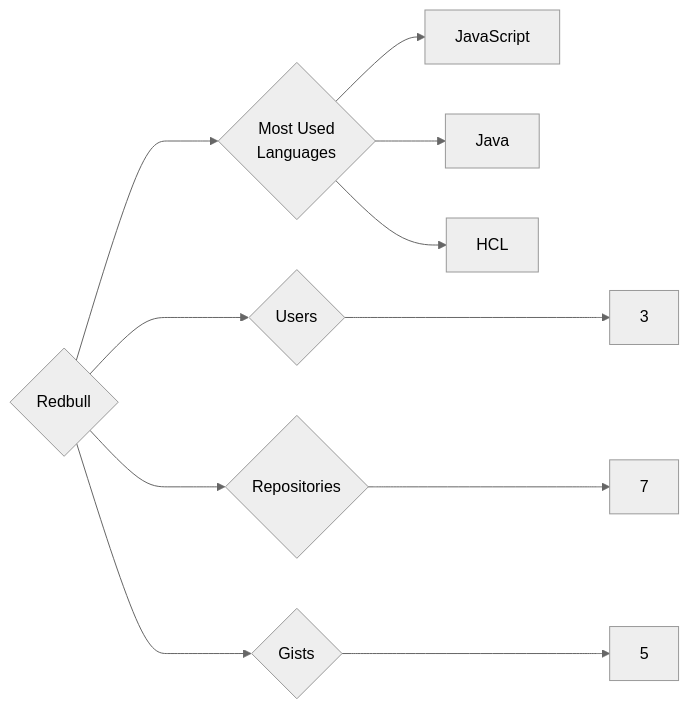
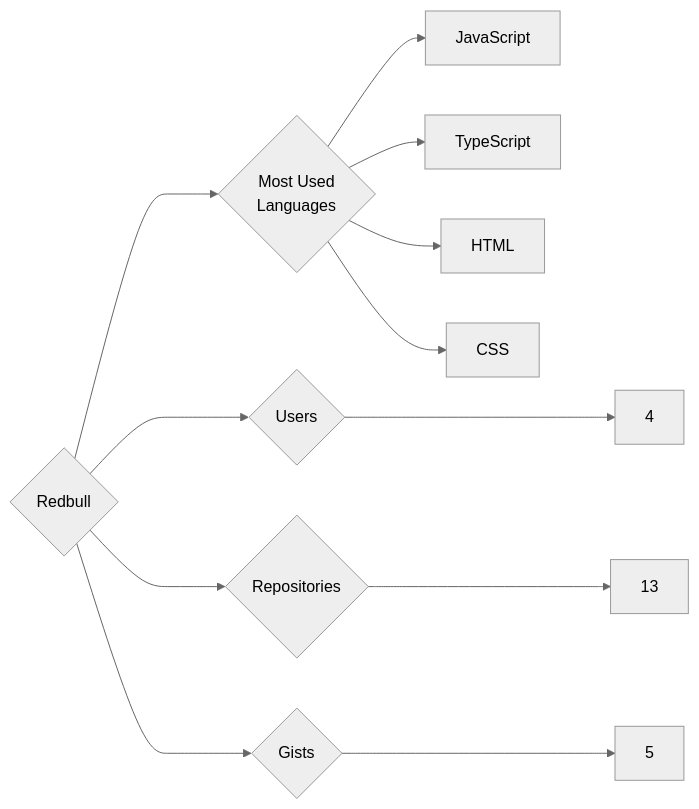
Before and after one commit to trickest/insiders: the diagram in targets/Redbull/README.md, drawn with Mermaid (neutral theme). The commit also changed 839 other files, not shown here.

````diff
--- a/targets/Redbull/README.md
+++ b/targets/Redbull/README.md
@@ -3,11 +3,12 @@
 ```mermaid
 graph LR
 COMPANY_NAME{Redbull}
-COMPANY_NAME ---> U{Users} ---> UN[3]
-COMPANY_NAME ---> R{Repositories} ---> RN[7]
+COMPANY_NAME ---> U{Users} ---> UN[4]
+COMPANY_NAME ---> R{Repositories} ---> RN[13]
 COMPANY_NAME ---> G{Gists} ---> GN[5]
 COMPANY_NAME ---> ML{Most Used<br>Languages}
 ML --> JavaScript[JavaScript]
-ML --> Java[Java]
-ML --> HCL[HCL]
+ML --> TypeScript[TypeScript]
+ML --> HTML[HTML]
+ML --> CSS[CSS]
 ```
````
